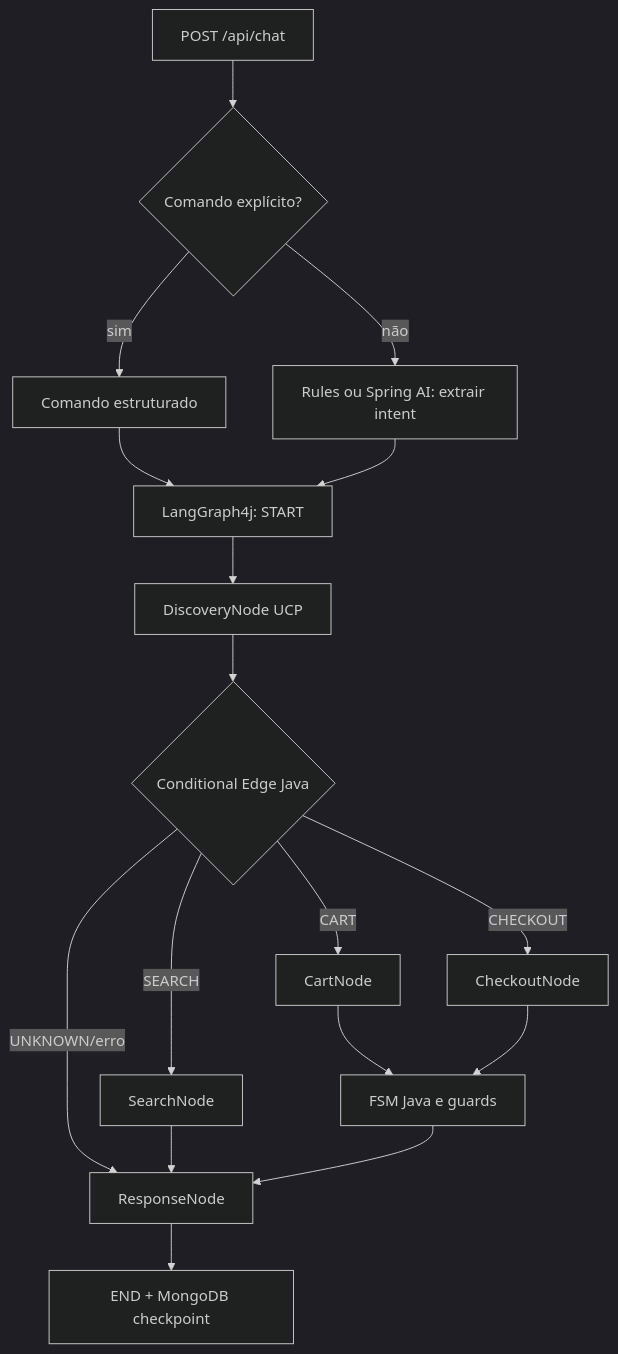
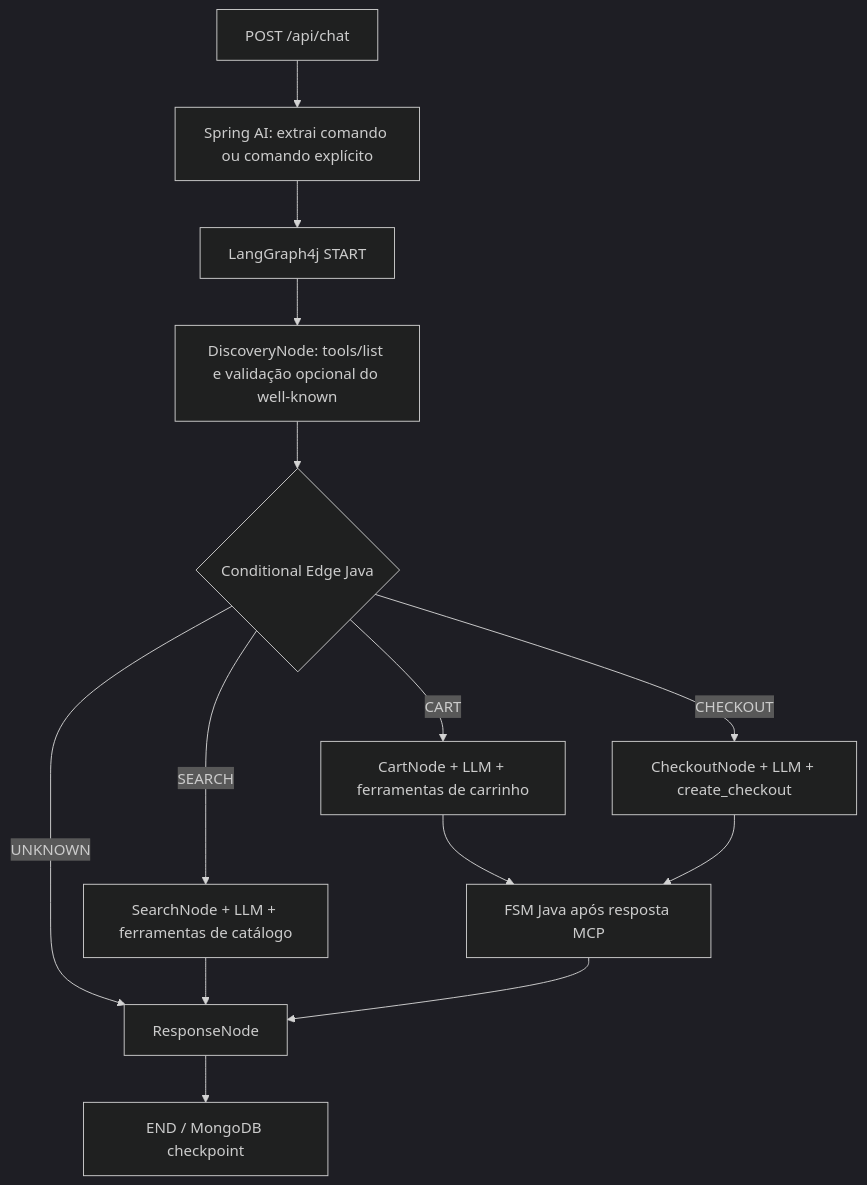
The diagram in README.md (DirceuRezende/shopify-commerce-fsm), drawn with Mermaid (dark theme) before and after one commit. The commit also changed other lines of this file and 17 other files, not shown here.

````diff
--- a/README.md
+++ b/README.md
@@ -9,19 +9,16 @@
 ```mermaid
 flowchart TD
-    API[POST /api/chat] --> Intent{Comando explícito?}
-    Intent -->|sim| CMD[Comando estruturado]
-    Intent -->|não| NLP[Rules ou Spring AI: extrair intent]
-    CMD --> LG[LangGraph4j: START]
-    NLP --> LG
-    LG --> DISC[DiscoveryNode UCP]
-    DISC --> EDGE{Conditional Edge Java}
-    EDGE -->|SEARCH| SEARCH[SearchNode]
-    EDGE -->|CART| CART[CartNode]
-    EDGE -->|CHECKOUT| CHECK[CheckoutNode]
-    EDGE -->|UNKNOWN/erro| RESP[ResponseNode]
-    SEARCH --> RESP
-    CART --> FSM[FSM Java e guards]
-    CHECK --> FSM
-    FSM --> RESP
-    RESP --> END[END + MongoDB checkpoint]
+    A[POST /api/chat] --> B[Spring AI: extrai comando ou comando explícito]
+    B --> C[LangGraph4j START]
+    C --> D[DiscoveryNode: tools/list e validação opcional do well-known]
+    D --> E{Conditional Edge Java}
+    E -->|SEARCH| F[SearchNode + LLM + ferramentas de catálogo]
+    E -->|CART| G[CartNode + LLM + ferramentas de carrinho]
+    E -->|CHECKOUT| H[CheckoutNode + LLM + create_checkout]
+    E -->|UNKNOWN| I[ResponseNode]
+    F --> I
+    G --> J[FSM Java após resposta MCP]
+    H --> J
+    J --> I
+    I --> K[END / MongoDB checkpoint]
 ```
````
